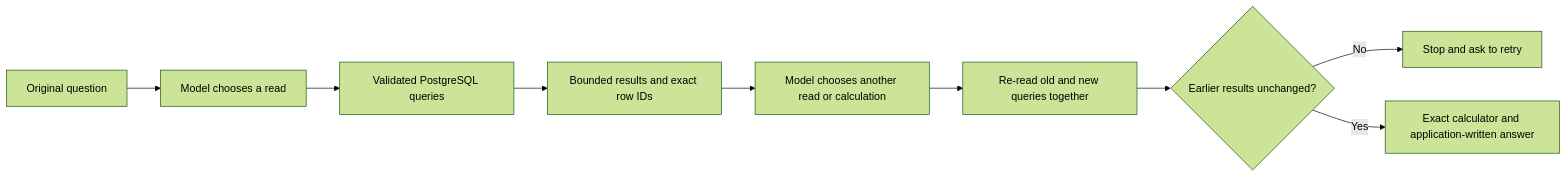
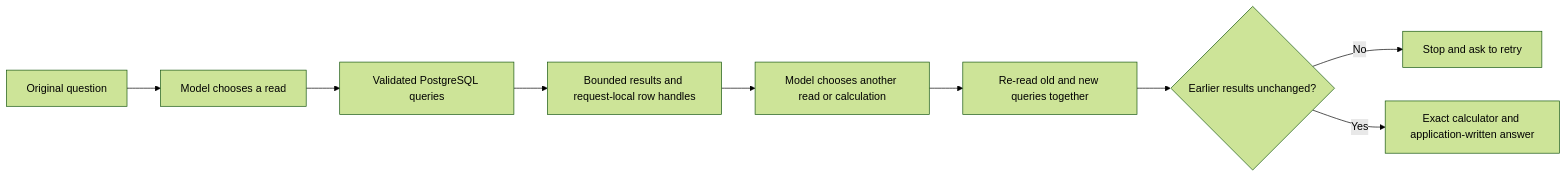
The diagram in docs/ADAPTIVE_CHAT.md (rayidali/spiich_homework), drawn with Mermaid (forest theme) before and after one commit. The commit also changed other lines of this file and 19 other files, not shown here.

Commit message:
fix: simplify inspection references and explain schema repair defects

````diff
--- a/docs/ADAPTIVE_CHAT.md
+++ b/docs/ADAPTIVE_CHAT.md
@@ -17,11 +21,11 @@
 ```mermaid
 flowchart LR
   Q[Original question] --> P[Model chooses a read]
   P --> D[Validated PostgreSQL queries]
-  D --> F[Bounded results and exact row IDs]
+  D --> F[Bounded results and request-local row handles]
   F --> N[Model chooses another read or calculation]
   N --> R[Re-read old and new queries together]
   R --> C{Earlier results unchanged?}
   C -->|No| X[Stop and ask to retry]
   C -->|Yes| E[Exact calculator and application-written answer]
 ```
````
